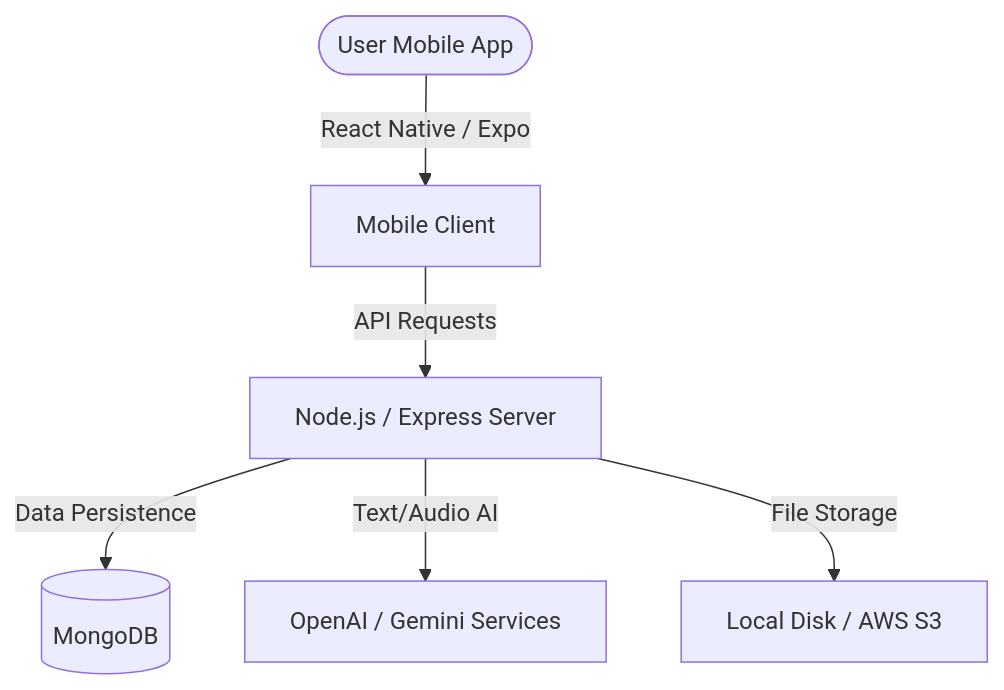
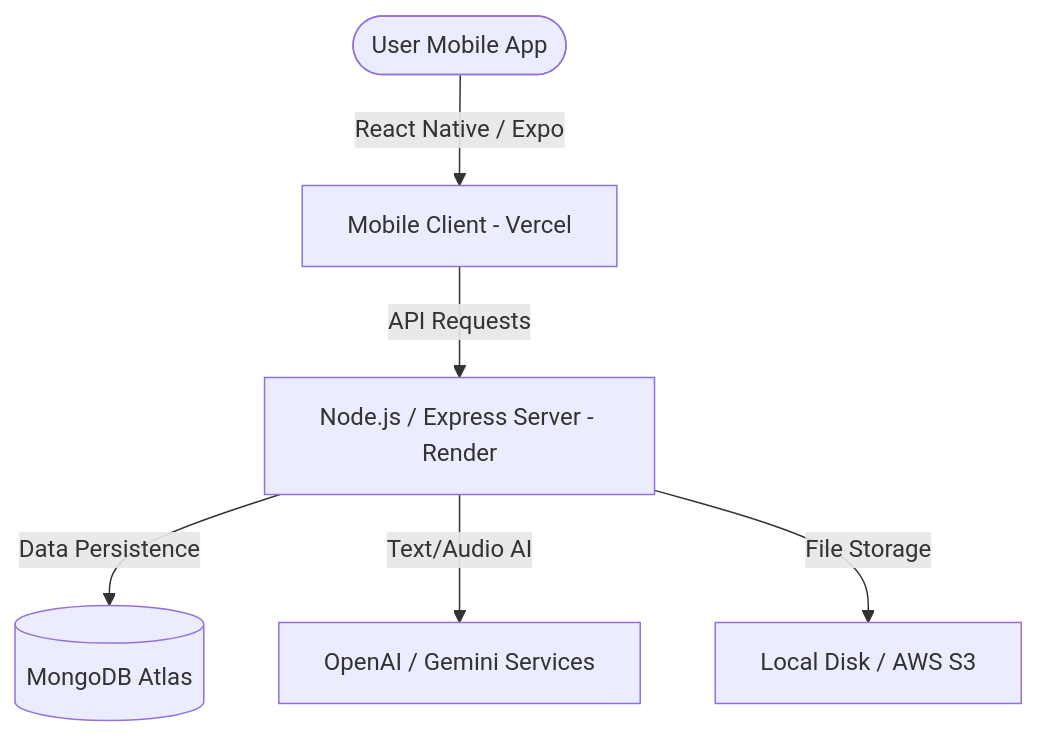
Before and after one commit to vibhu-yadav01/AI-Couch: the diagram in README.md, drawn with Mermaid. The commit also changed other lines of this file and 1 other file, not shown here.

````diff
--- a/README.md
+++ b/README.md
@@ -7,8 +7,8 @@
 ```mermaid
 graph TD
-    User([User Mobile App]) -->|React Native / Expo| Frontend[Mobile Client]
-    Frontend -->|API Requests| Backend[Node.js / Express Server]
-    Backend -->|Data Persistence| DB[(MongoDB)]
+    User([User Mobile App]) -->|React Native / Expo| Frontend[Mobile Client - Vercel]
+    Frontend -->|API Requests| Backend[Node.js / Express Server - Render]
+    Backend -->|Data Persistence| DB[(MongoDB Atlas)]
     Backend -->|Text/Audio AI| AI[OpenAI / Gemini Services]
     Backend -->|File Storage| Storage[Local Disk / AWS S3]
 ```
````
